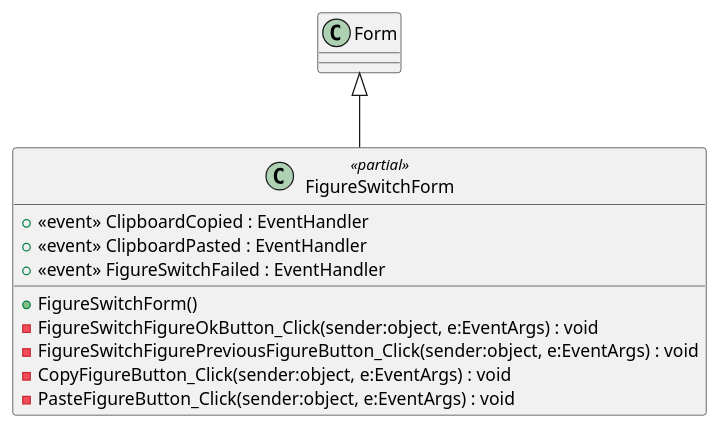
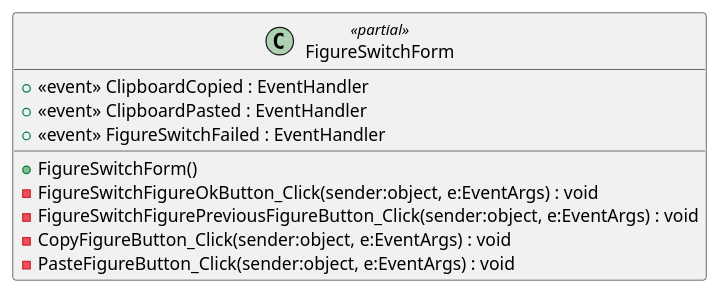
Before and after one commit to Ruslan-Gabbazov/Programming: the diagram in Docs/Programming/UI/FigureSwitchForm.puml, drawn with PlantUML. The commit also changed 16 other files, not shown here.

Commit message:
Add class diagrams

```diff
--- a/Docs/Programming/UI/FigureSwitchForm.puml
+++ b/Docs/Programming/UI/FigureSwitchForm.puml
@@ -1,13 +1,12 @@
 @startuml
 class FigureSwitchForm <<partial>> {
     +  <<event>> ClipboardCopied : EventHandler 
     +  <<event>> ClipboardPasted : EventHandler 
     +  <<event>> FigureSwitchFailed : EventHandler 
     + FigureSwitchForm()
     - FigureSwitchFigureOkButton_Click(sender:object, e:EventArgs) : void
     - FigureSwitchFigurePreviousFigureButton_Click(sender:object, e:EventArgs) : void
     - CopyFigureButton_Click(sender:object, e:EventArgs) : void
     - PasteFigureButton_Click(sender:object, e:EventArgs) : void
 }
-Form <|-- FigureSwitchForm
 @enduml
```
